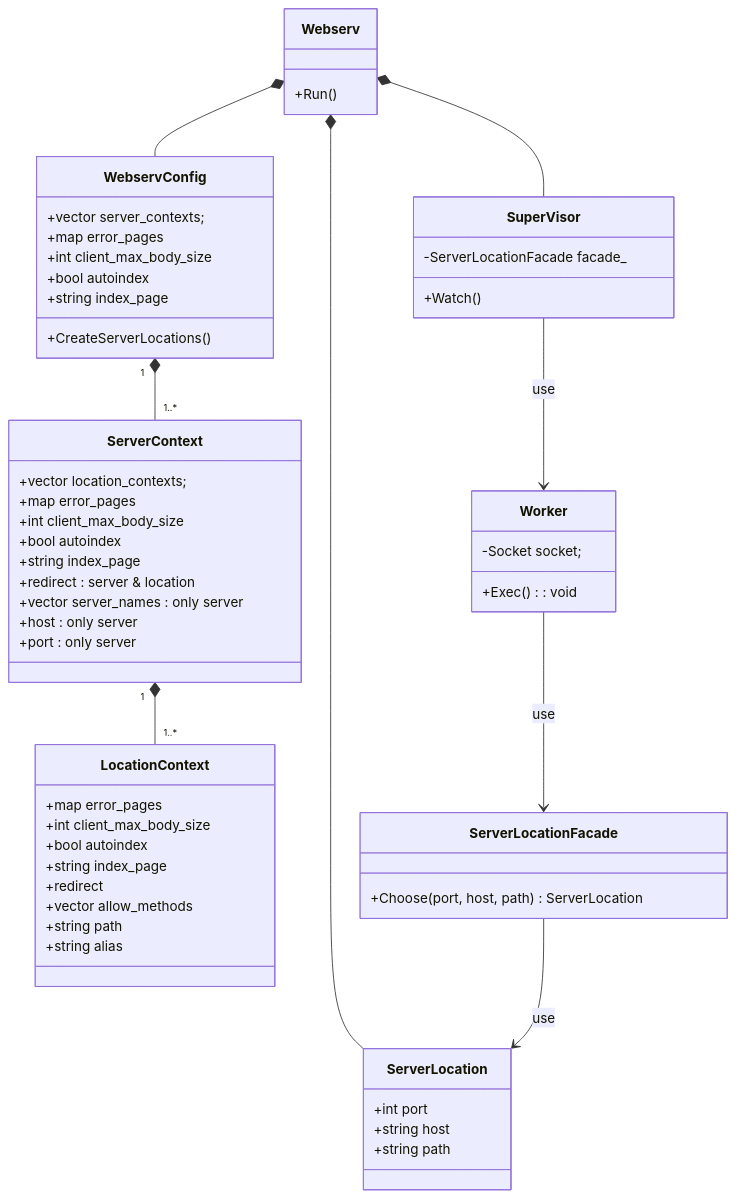
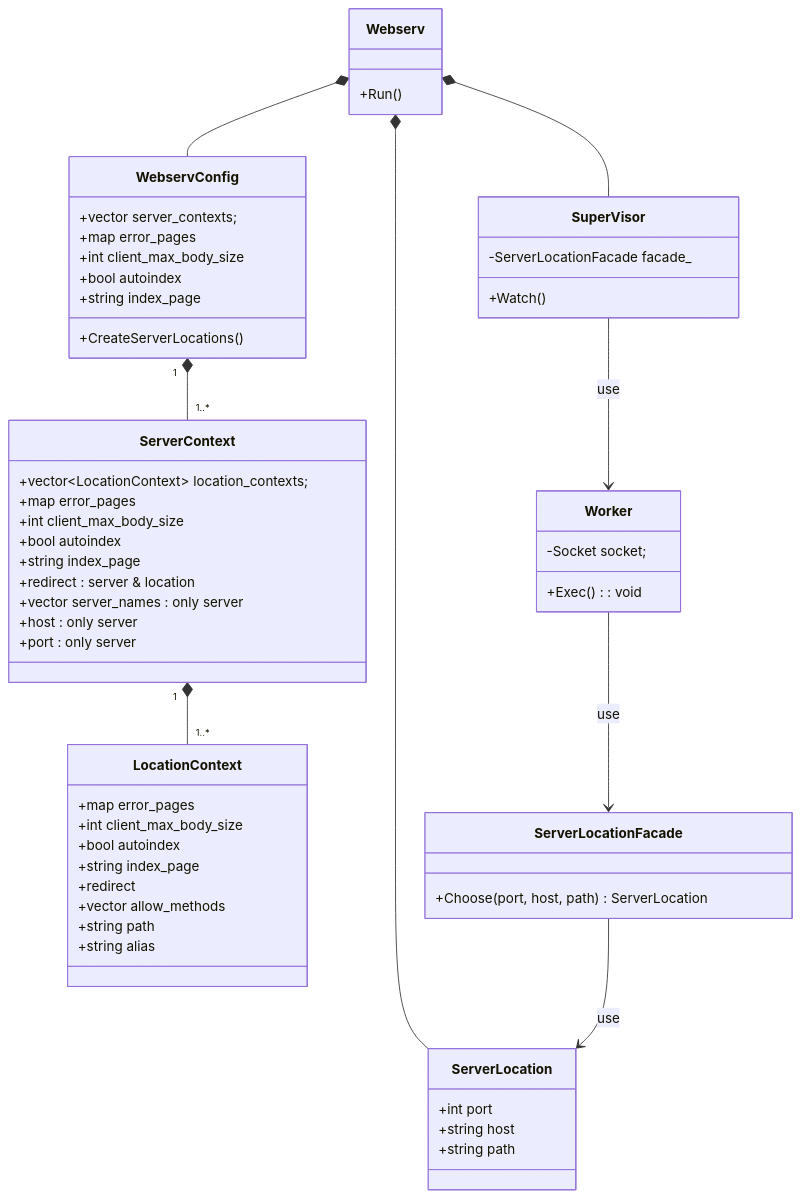
The diagram in docs/class/config_class.md (katataku/webserv), drawn with Mermaid before and after one commit.

````diff
--- a/docs/class/config_class.md
+++ b/docs/class/config_class.md
@@ -1,75 +1,75 @@
 ```mermaid
 classDiagram
     Webserv *-- WebservConfig
     WebservConfig "1" *-- "1..*" ServerContext
     ServerContext "1" *-- "1..*" LocationContext
 
     Webserv *-- SuperVisor
     Webserv *-- ServerLocation
     SuperVisor --> Worker : use
     Worker --> ServerLocationFacade : use
     ServerLocationFacade --> ServerLocation: use
 
     class WebservConfig {
         +vector<ServerContext> server_contexts;
         +map<int, string> error_pages
         +int client_max_body_size
         +bool autoindex
         +string index_page
         +CreateServerLocations()
     }
 
     %% TODO: listenディレクトリは複数指定できるかを確認 %%
     %% TODO: redirectの持ち方を検討 %%
     class ServerContext {
-        +vector<LocationContext> location_contexts;
+        +vector~LocationContext~ location_contexts;
         +map<int, string> error_pages
         +int client_max_body_size
         +bool autoindex
         +string index_page
         +redirect : server & location
         +vector<string> server_names : only server
         +host : only server
         +port : only server
     }
 
     class LocationContext {
         +map<int, string> error_pages
         +int client_max_body_size
         +bool autoindex
         +string index_page
         +redirect
         +vector<string> allow_methods
         +string path
         +string alias
     }
 
     class Webserv {
         +Run()
     }
 
     %% IO多重化とソケットクラスを生成してWorkerに処理を依頼するまでを担当する%%
     class SuperVisor {
         -ServerLocationFacade facade_
         +Watch()
     }
 
     %% Socketを元に具体的な処理を担当する。 %%
     %% Requestを受け付けてResponseの返却をする %%
     class Worker {
         -Socket socket;
         +Exec() : void
     }
 
     %% どのServerLocationを使用するかを決定する責務 %%
     class ServerLocationFacade {
         +Choose(port, host, path)　ServerLocation
     }
 
     %% configを元に各locationごとの設定 %%
     class ServerLocation {
         +int port
         +string host
         +string path
     }
 ```
````
